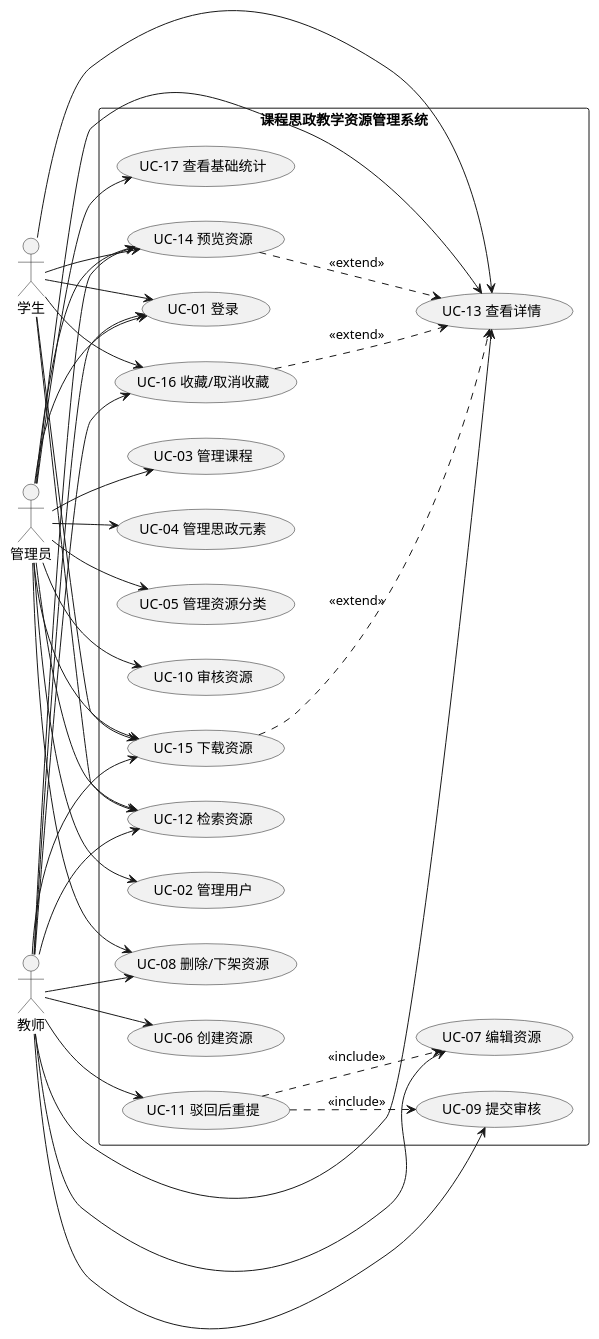
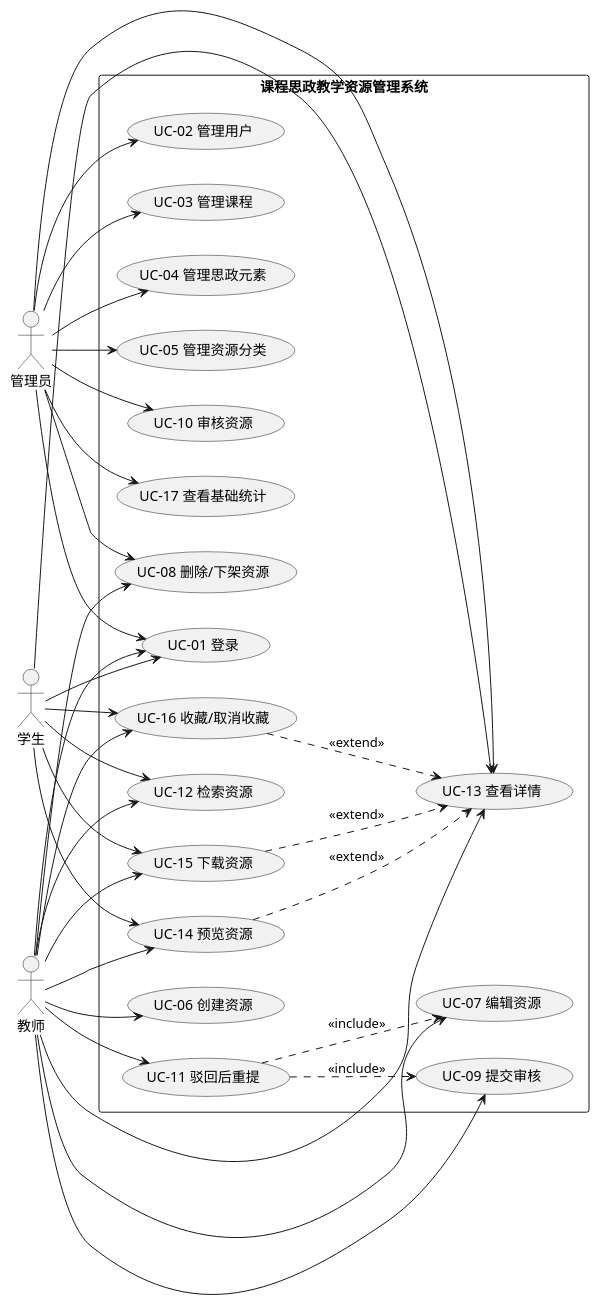
The diagram in docs/03-用例规约.md (snowlei1/Management-System), drawn with PlantUML before and after one commit. The commit also changed other lines of this file and 29 other files, not shown here.

````diff
--- a/docs/03-用例规约.md
+++ b/docs/03-用例规约.md
@@ -154,61 +156,58 @@
 ```plantuml
 @startuml
 left to right direction
 actor 管理员 as Admin
 actor 教师 as Teacher
 actor 学生 as Student
 rectangle 课程思政教学资源管理系统 {
   usecase "UC-01 登录" as Login
   usecase "UC-02 管理用户" as Users
   usecase "UC-03 管理课程" as Courses
   usecase "UC-04 管理思政元素" as Elements
   usecase "UC-05 管理资源分类" as Categories
   usecase "UC-06 创建资源" as Create
   usecase "UC-07 编辑资源" as Edit
   usecase "UC-08 删除/下架资源" as Remove
   usecase "UC-09 提交审核" as Submit
   usecase "UC-10 审核资源" as Audit
   usecase "UC-11 驳回后重提" as Resubmit
   usecase "UC-12 检索资源" as Search
   usecase "UC-13 查看详情" as Detail
   usecase "UC-14 预览资源" as Preview
   usecase "UC-15 下载资源" as Download
   usecase "UC-16 收藏/取消收藏" as Favorite
   usecase "UC-17 查看基础统计" as Statistics
 }
 Admin --> Login
 Teacher --> Login
 Student --> Login
 Admin --> Users
 Admin --> Courses
 Admin --> Elements
 Admin --> Categories
 Admin --> Remove
 Admin --> Audit
 Admin --> Statistics
 Teacher --> Create
 Teacher --> Edit
 Teacher --> Remove
 Teacher --> Submit
 Teacher --> Resubmit
 Teacher --> Favorite
 Student --> Favorite
-Admin --> Search
 Teacher --> Search
 Student --> Search
 Admin --> Detail
 Teacher --> Detail
 Student --> Detail
-Admin --> Preview
 Teacher --> Preview
 Student --> Preview
-Admin --> Download
 Teacher --> Download
 Student --> Download
 Resubmit ..> Edit : <<include>>
 Resubmit ..> Submit : <<include>>
 Preview ..> Detail : <<extend>>
 Download ..> Detail : <<extend>>
 Favorite ..> Detail : <<extend>>
 @enduml
 ```
````
